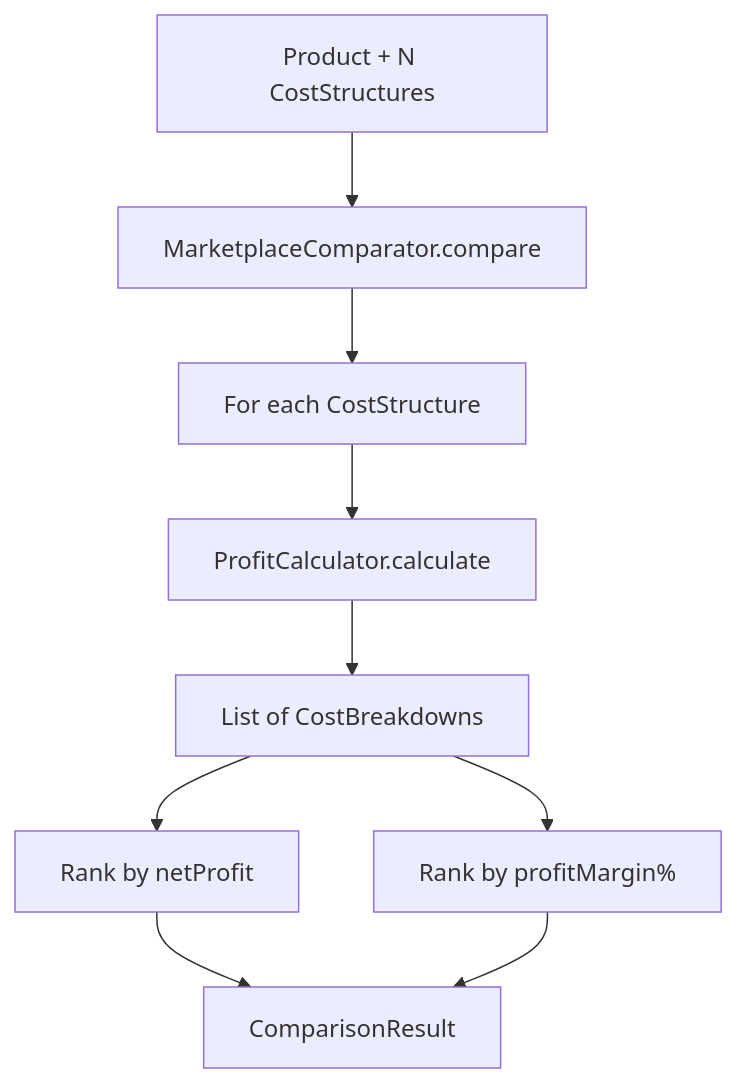
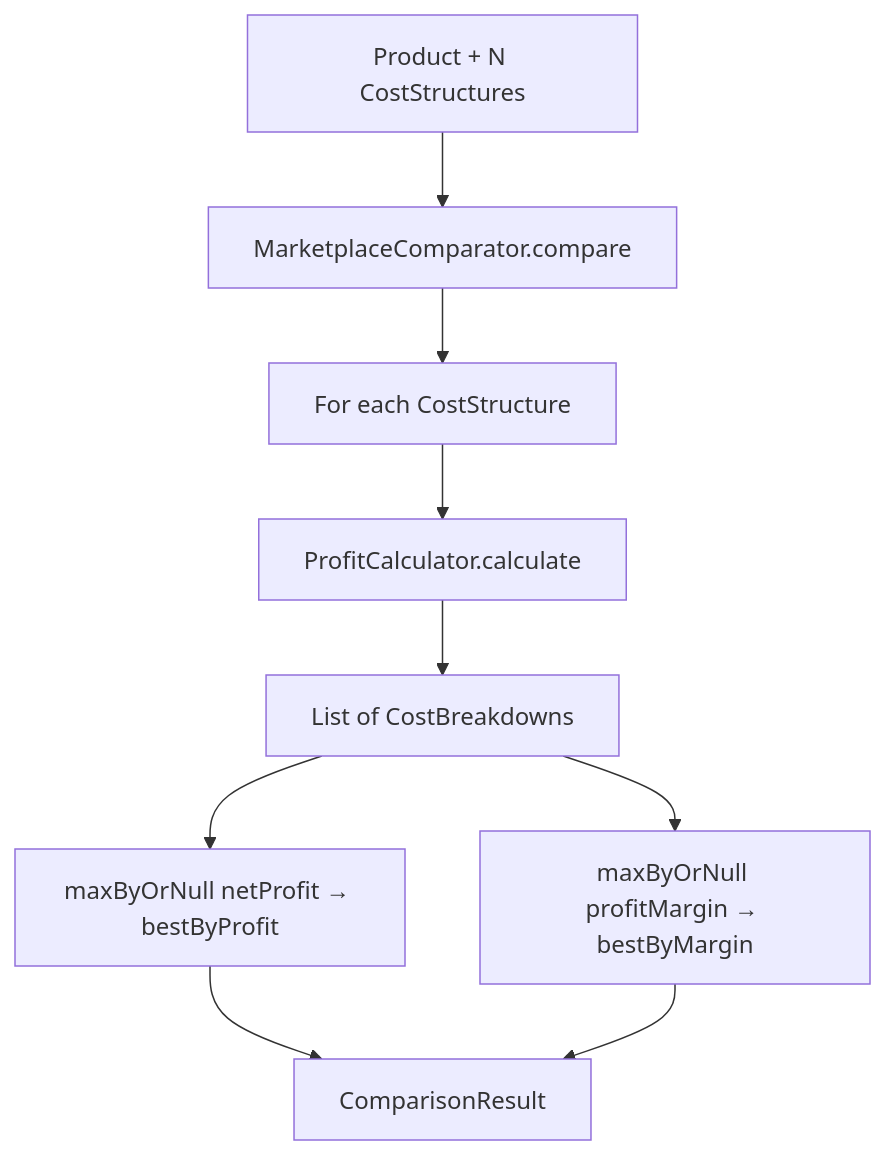
One commit to tfonrouge/marketPlazeLib changed the fifth of 7 diagrams in blueprints/MarketPlazeLib(MODULE)/FLOWCHART.md. Above: the diagram before and after it, drawn with Mermaid. The commit also changed other lines of this file and 28 other files, not shown here.

````diff
--- a/blueprints/MarketPlazeLib(MODULE)/FLOWCHART.md
+++ b/blueprints/MarketPlazeLib(MODULE)/FLOWCHART.md
@@ -45,11 +99,11 @@
 ```mermaid
 flowchart TD
     A[Product + N CostStructures] --> B[MarketplaceComparator.compare]
     B --> C[For each CostStructure]
     C --> D[ProfitCalculator.calculate]
     D --> E[List of CostBreakdowns]
-    E --> F[Rank by netProfit]
-    E --> G[Rank by profitMargin%]
+    E --> F[maxByOrNull netProfit → bestByProfit]
+    E --> G[maxByOrNull profitMargin → bestByMargin]
     F --> H[ComparisonResult]
     G --> H
 ```
````
